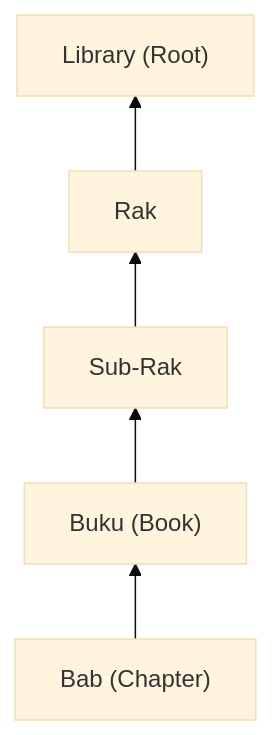
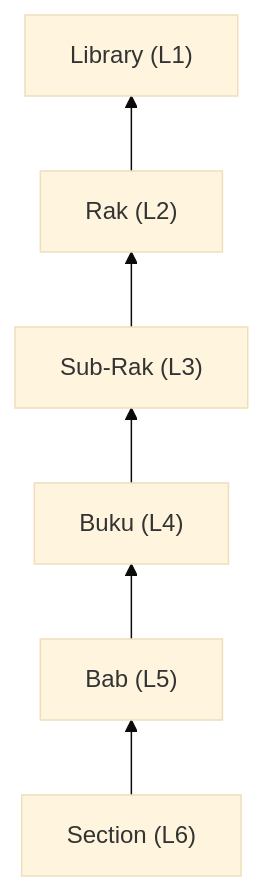
One commit to syahputrawork98-sketch/Rust-Knowledge-Base changed the diagram in docs/standards/status-protocol.md. Above: the diagram before and after it, drawn with Mermaid (base theme). The commit also changed other lines of this file and 9 other files, not shown here.

````diff
--- a/docs/standards/status-protocol.md
+++ b/docs/standards/status-protocol.md
@@ -25,7 +25,8 @@
 ```mermaid
 graph BT
-    CH["Bab (Chapter)"] --> BK["Buku (Book)"]
-    BK --> SR["Sub-Rak"]
-    SR --> RK["Rak"]
-    RK --> ROOT["Library (Root)"]
+    SEC["Section (L6)"] --> CH["Bab (L5)"]
+    CH --> BK["Buku (L4)"]
+    BK --> SR["Sub-Rak (L3)"]
+    SR --> RK["Rak (L2)"]
+    RK --> ROOT["Library (L1)"]
 ```
````
